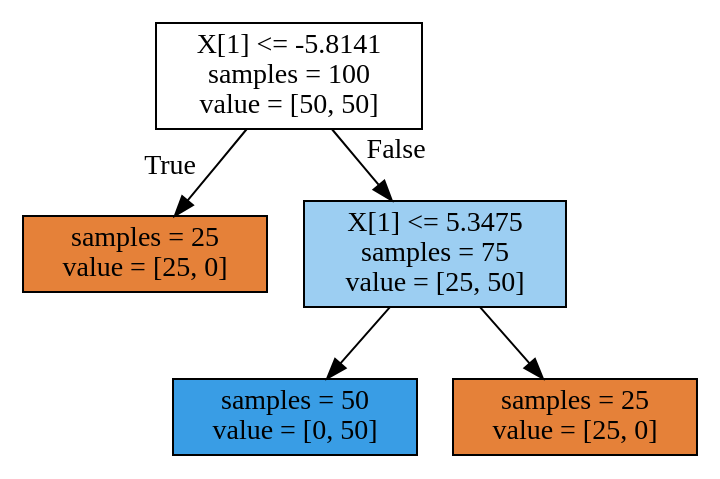
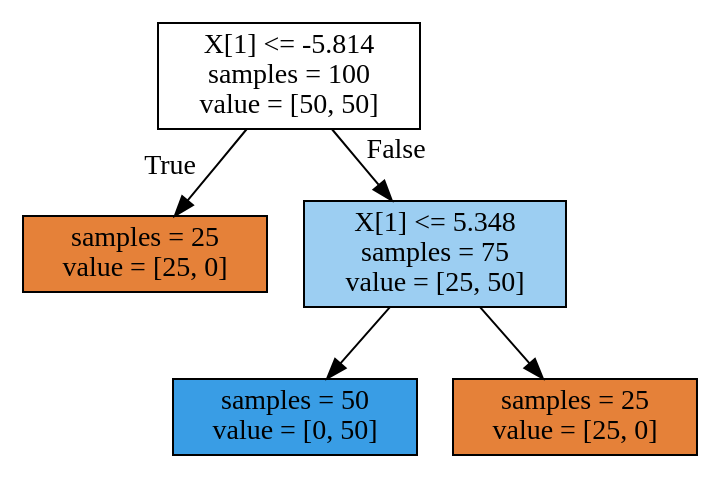
One commit to nsaura/ML changed the diagram in codes_python/sklearn/mytree.dot. Above: the diagram before and after it, drawn with Graphviz. The commit also changed 1 other file, not shown here.

```diff
--- a/codes_python/sklearn/mytree.dot
+++ b/codes_python/sklearn/mytree.dot
@@ -1,12 +1,12 @@
 digraph Tree {
 node [shape=box, style="filled", color="black"] ;
-0 [label="X[1] <= -5.8141\nsamples = 100\nvalue = [50, 50]", fillcolor="#e5813900"] ;
+0 [label="X[1] <= -5.814\nsamples = 100\nvalue = [50, 50]", fillcolor="#e5813900"] ;
 1 [label="samples = 25\nvalue = [25, 0]", fillcolor="#e58139ff"] ;
 0 -> 1 [labeldistance=2.5, labelangle=45, headlabel="True"] ;
-2 [label="X[1] <= 5.3475\nsamples = 75\nvalue = [25, 50]", fillcolor="#399de57f"] ;
+2 [label="X[1] <= 5.348\nsamples = 75\nvalue = [25, 50]", fillcolor="#399de57f"] ;
 0 -> 2 [labeldistance=2.5, labelangle=-45, headlabel="False"] ;
 3 [label="samples = 50\nvalue = [0, 50]", fillcolor="#399de5ff"] ;
 2 -> 3 ;
 4 [label="samples = 25\nvalue = [25, 0]", fillcolor="#e58139ff"] ;
 2 -> 4 ;
 }
```
